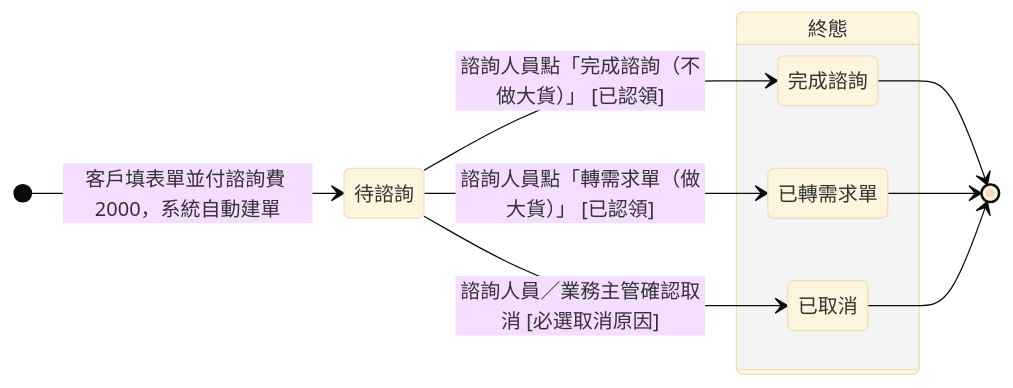
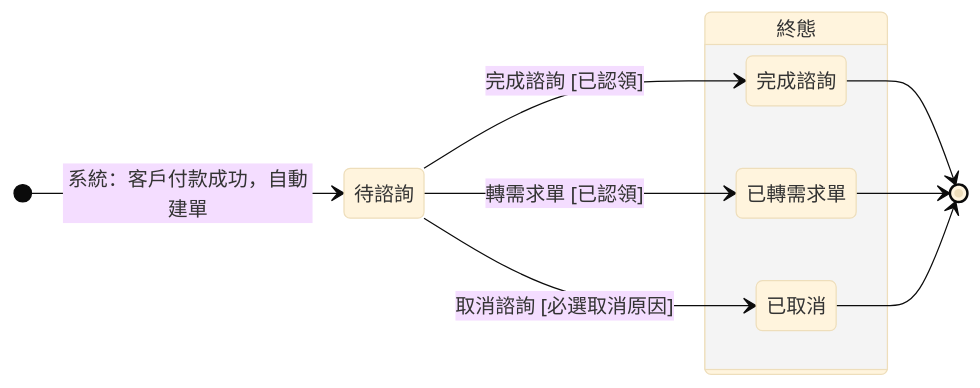
The diagram in memory/Sens_wiki/wiki/erp/06-state-machines/諮詢單狀態.md (Kawato-Miles/erp-spec), drawn with Mermaid (base theme) before and after one commit. The commit also changed other lines of this file and 26 other files, not shown here.

````diff
--- a/memory/Sens_wiki/wiki/erp/06-state-machines/諮詢單狀態.md
+++ b/memory/Sens_wiki/wiki/erp/06-state-machines/諮詢單狀態.md
@@ -38,22 +40,22 @@
 ```mermaid
 stateDiagram-v2
     direction LR
 
-    [*] --> s_wait : 客戶填表單並付諮詢費 2000，系統自動建單
+    [*] --> s_wait : 系統：客戶付款成功，自動建單
 
     state "待諮詢" as s_wait
 
     state "終態" as Final {
         state "完成諮詢" as s_done
         state "已轉需求單" as s_quote
         state "已取消" as s_cancel
     }
 
-    s_wait --> s_done : 諮詢人員點「完成諮詢（不做大貨）」 [已認領]
-    s_wait --> s_quote : 諮詢人員點「轉需求單（做大貨）」 [已認領]
-    s_wait --> s_cancel : 諮詢人員／業務主管確認取消 [必選取消原因]
+    s_wait --> s_done : 完成諮詢 [已認領]
+    s_wait --> s_quote : 轉需求單 [已認領]
+    s_wait --> s_cancel : 取消諮詢 [必選取消原因]
 
     s_done --> [*]
     s_quote --> [*]
     s_cancel --> [*]
 ```
````
